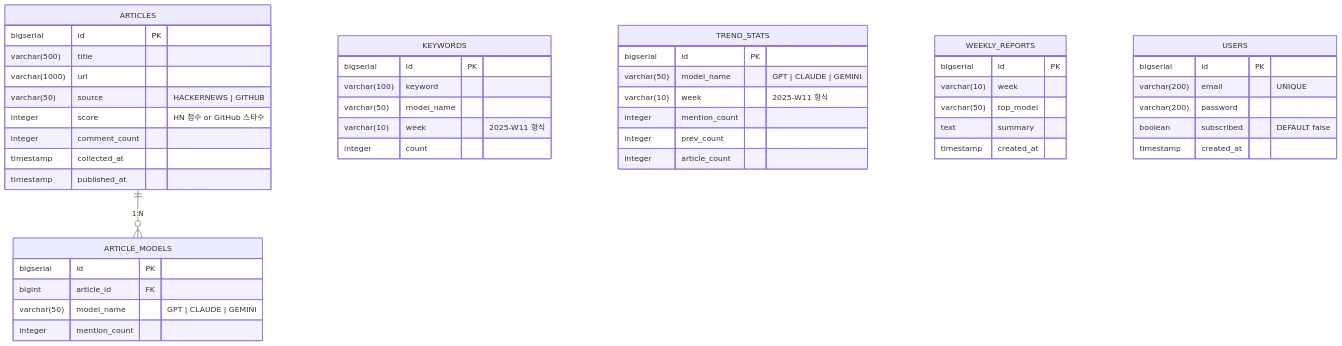
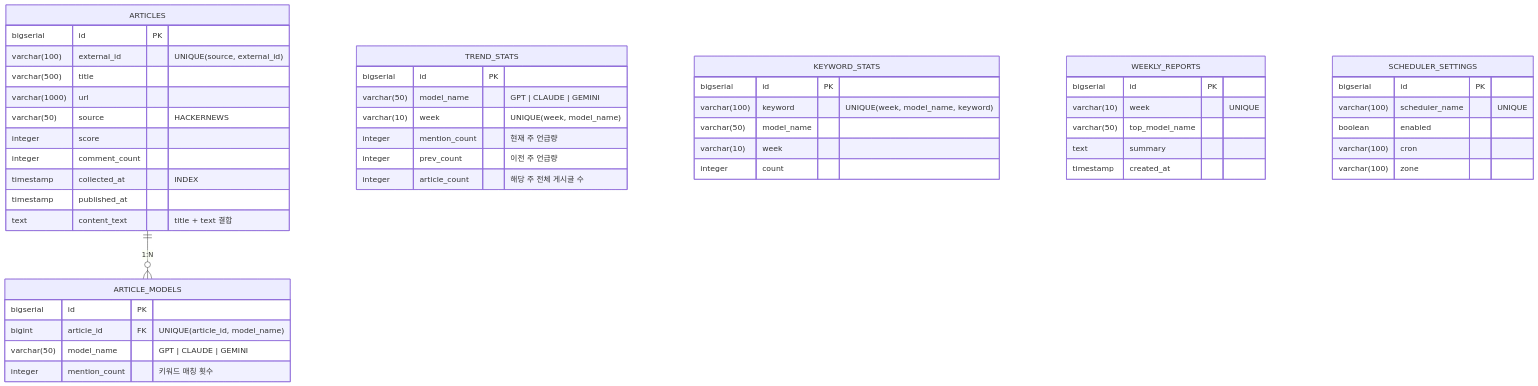
The diagram in README.md (ssuukko/benchmark), drawn with Mermaid before and after one commit. The commit also changed other lines of this file and 3 other files, not shown here.

````diff
--- a/README.md
+++ b/README.md
@@ -78,54 +213,56 @@
 ```mermaid
 erDiagram
     ARTICLES ||--o{ ARTICLE_MODELS : "1:N"
     ARTICLES {
         bigserial id PK
+        varchar(100) external_id "UNIQUE(source, external_id)"
         varchar(500) title
         varchar(1000) url
-        varchar(50) source "HACKERNEWS | GITHUB"
-        integer score "HN 점수 or GitHub 스타수"
+        varchar(50) source "HACKERNEWS"
+        integer score
         integer comment_count
-        timestamp collected_at
+        timestamp collected_at "INDEX"
         timestamp published_at
+        text content_text "title + text 결합"
     }
 
     ARTICLE_MODELS {
         bigserial id PK
-        bigint article_id FK
+        bigint article_id FK "UNIQUE(article_id, model_name)"
         varchar(50) model_name "GPT | CLAUDE | GEMINI"
-        integer mention_count
-    }
-
-    KEYWORDS {
-        bigserial id PK
-        varchar(100) keyword
-        varchar(50) model_name
-        varchar(10) week "2025-W11 형식"
-        integer count
+        integer mention_count "키워드 매칭 횟수"
     }
 
     TREND_STATS {
         bigserial id PK
         varchar(50) model_name "GPT | CLAUDE | GEMINI"
-        varchar(10) week "2025-W11 형식"
-        integer mention_count
-        integer prev_count
-        integer article_count
+        varchar(10) week "UNIQUE(week, model_name)"
+        integer mention_count "현재 주 언급량"
+        integer prev_count "이전 주 언급량"
+        integer article_count "해당 주 전체 게시글 수"
+    }
+
+    KEYWORD_STATS {
+        bigserial id PK
+        varchar(100) keyword "UNIQUE(week, model_name, keyword)"
+        varchar(50) model_name
+        varchar(10) week
+        integer count
     }
 
     WEEKLY_REPORTS {
         bigserial id PK
-        varchar(10) week
-        varchar(50) top_model
+        varchar(10) week "UNIQUE"
+        varchar(50) top_model_name
         text summary
         timestamp created_at
     }
 
-    USERS {
+    SCHEDULER_SETTINGS {
         bigserial id PK
-        varchar(200) email "UNIQUE"
-        varchar(200) password
-        boolean subscribed "DEFAULT false"
-        timestamp created_at
+        varchar(100) scheduler_name "UNIQUE"
+        boolean enabled
+        varchar(100) cron
+        varchar(100) zone
     }
 ```
````
